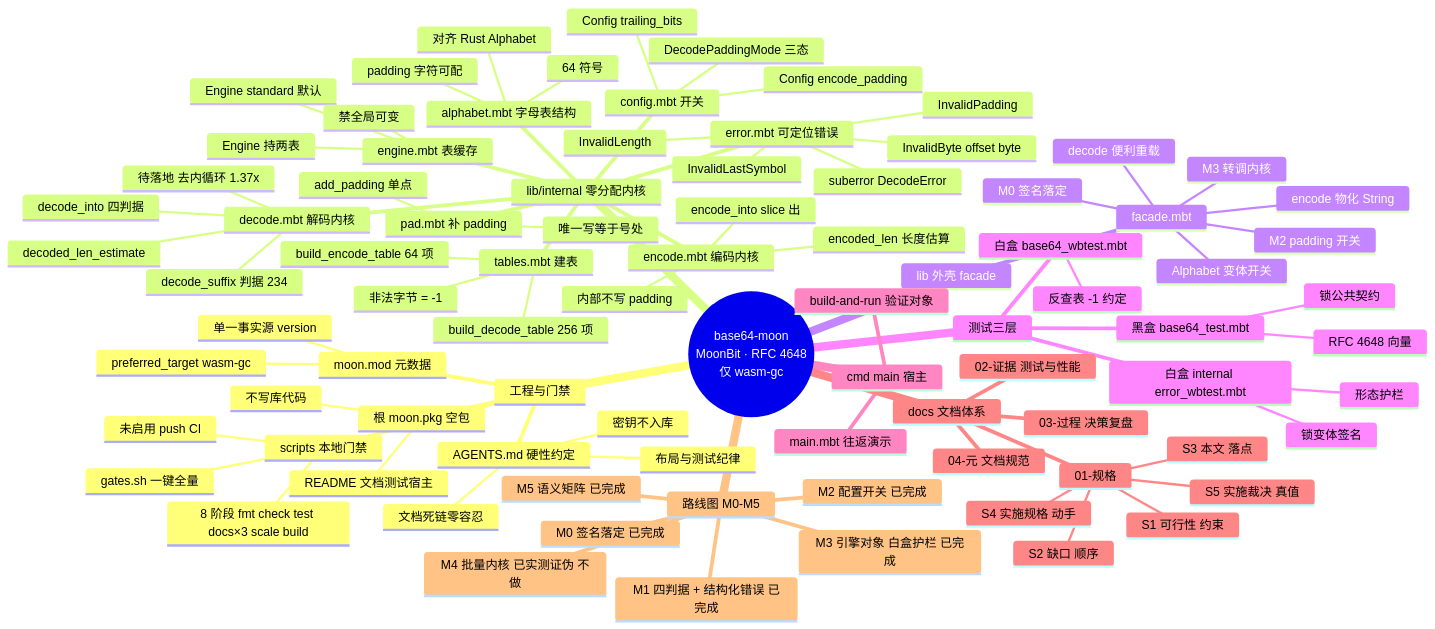
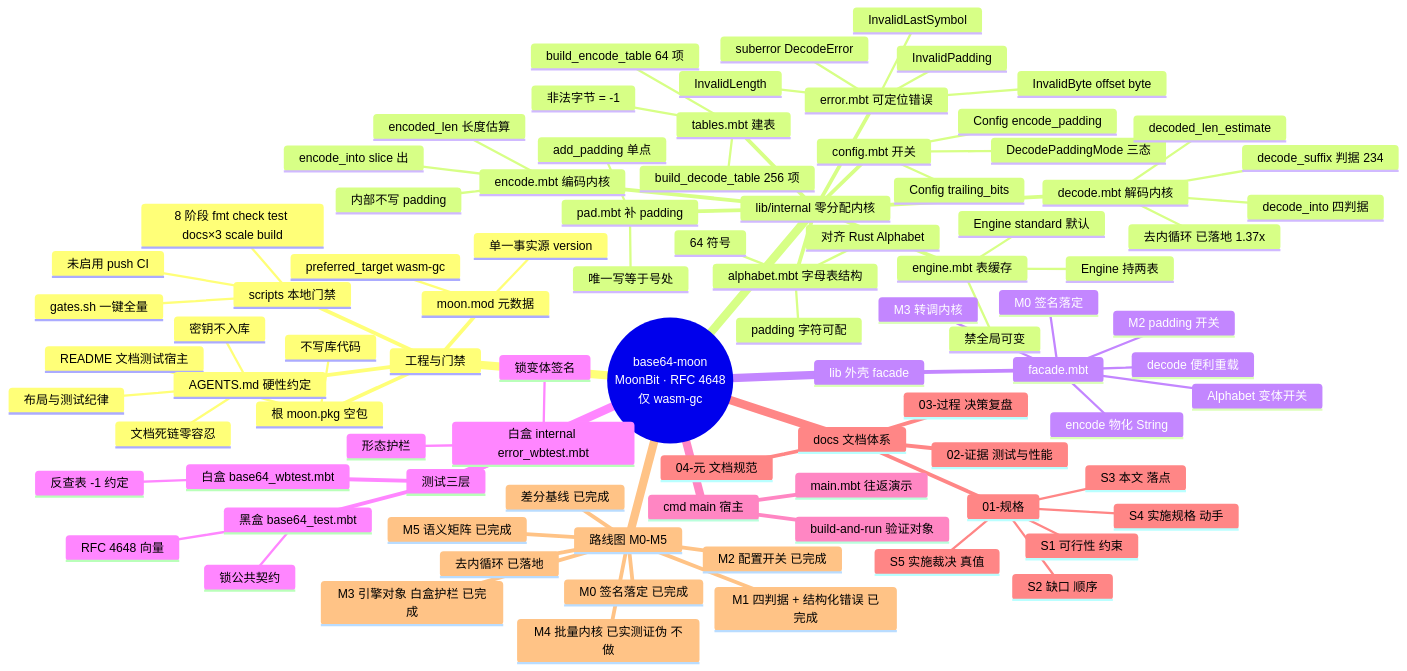
Before and after one commit to TryAndRun-TvT/base64-moon: the diagram in docs/01-规格/S3-架构分层与子包职责.md, drawn with Mermaid. The commit also changed other lines of this file and 7 other files, not shown here.

````diff
--- a/docs/01-规格/S3-架构分层与子包职责.md
+++ b/docs/01-规格/S3-架构分层与子包职责.md
@@ -208,7 +208,7 @@
         decoded_len_estimate
         decode_into 四判据
         decode_suffix 判据 234
-        待落地 去内循环 1.37x
+        去内循环 已落地 1.37x
     lib 外壳 facade
       facade.mbt
         Alphabet 变体开关
@@ -246,4 +246,6 @@
       M3 引擎对象 白盒护栏 已完成
       M4 批量内核 已实测证伪 不做
       M5 语义矩阵 已完成
+      差分基线 已完成
+      去内循环 已落地
 ```
````
